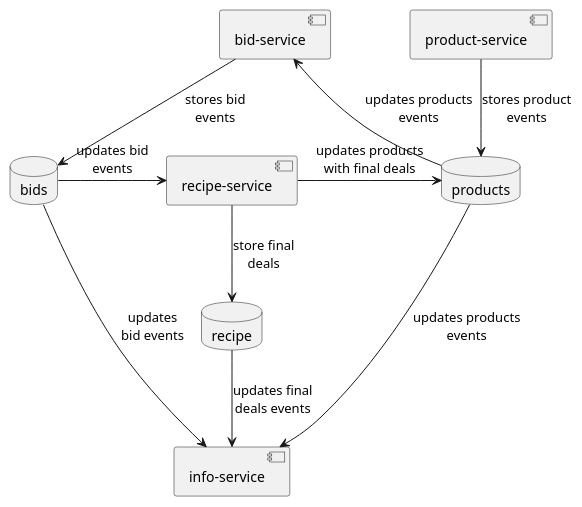
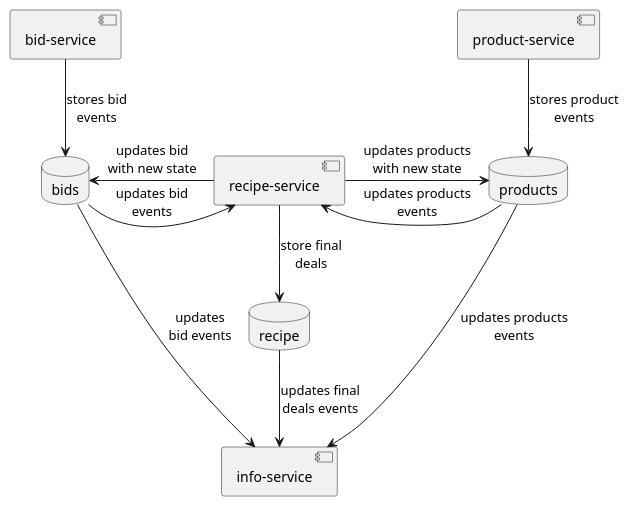
Before and after one commit to FilipeMCruzBJSS/action-hunters: the diagram in docs/assets/arch-1.pu, drawn with PlantUML. The commit also changed 11 other files, not shown here.

```diff
--- a/docs/assets/arch-1.pu
+++ b/docs/assets/arch-1.pu
@@ -1,35 +1,38 @@
 @startuml arch-1
 
 component "bid-service" as BIDS
 
 database "bids" as BIDS_TOPIC
 
 BIDS --> BIDS_TOPIC: stores bid\nevents
 
 component "recipe-service" as RECIPE
 
 database "recipe" as RECIPE_TOPIC
 
 RECIPE --> RECIPE_TOPIC: store final\ndeals
 
 BIDS_TOPIC -> RECIPE: updates bid\nevents
 
+BIDS_TOPIC <- RECIPE: updates bid\nwith new state
+
 component "product-service" as PRODUCT
 
 database "products" as PRODUCT_TOPIC
 
 PRODUCT --> PRODUCT_TOPIC: stores product\nevents
 
-RECIPE -> PRODUCT_TOPIC: updates products\nwith final deals
+RECIPE -> PRODUCT_TOPIC: updates products\nwith new state
+
+RECIPE <- PRODUCT_TOPIC: updates products\nevents
 
 component "info-service" as INFO
 
 BIDS_TOPIC --> INFO: updates\nbid events
 
 PRODUCT_TOPIC ---> INFO: updates products\nevents
 
 RECIPE_TOPIC --> INFO: updates final\ndeals events
 
-BIDS <-- PRODUCT_TOPIC: updates products\nevents
 
 @enduml
```
